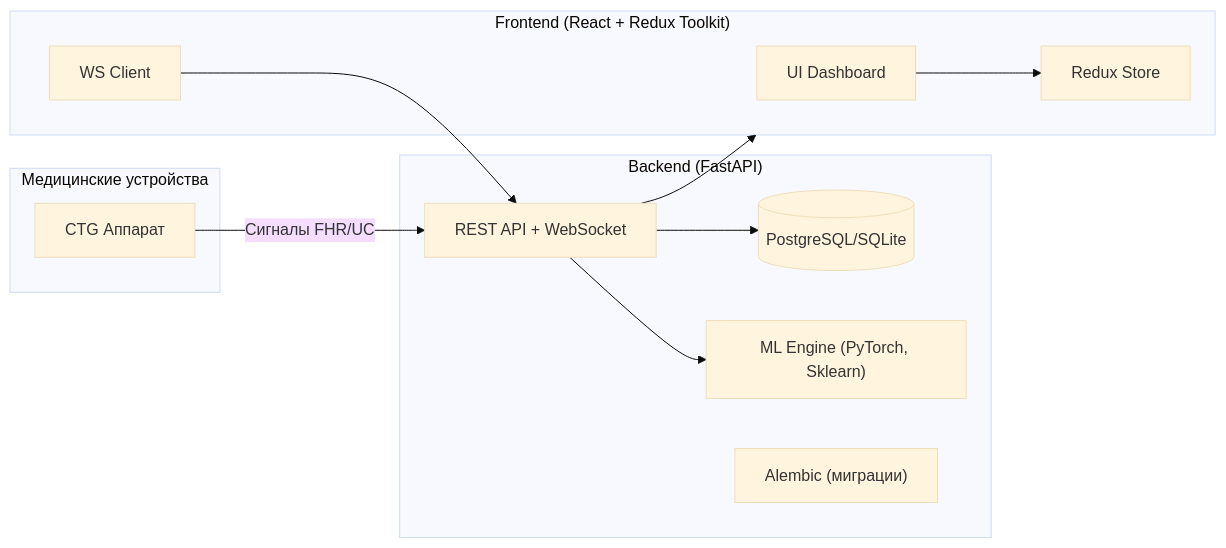
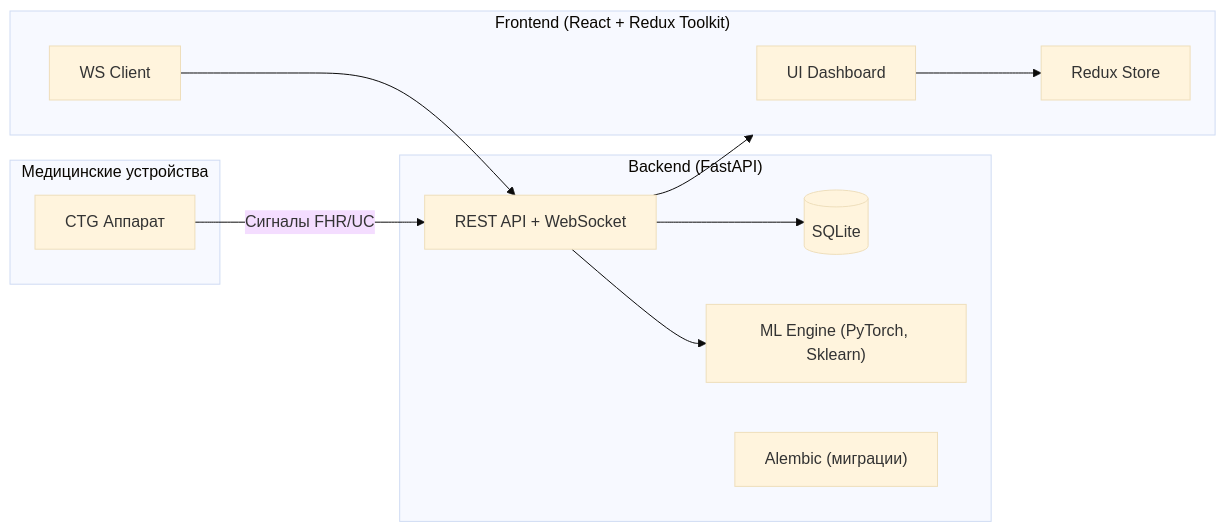
One commit to domster704/ldt2025-backend changed the diagram in README.md. Above: the diagram before and after it, drawn with Mermaid (base theme). The commit also changed 25 other files, not shown here.

````diff
--- a/README.md
+++ b/README.md
@@ -39,26 +39,26 @@
 ```mermaid
 flowchart LR
     subgraph Devices ["Медицинские устройства"]
         CTG["CTG Аппарат"]
     end
 
     subgraph Backend ["Backend (FastAPI)"]
         API["REST API + WebSocket"]
-        DB[("PostgreSQL/SQLite")]
+        DB[("SQLite")]
         ML["ML Engine (PyTorch, Sklearn)"]
         MIGR["Alembic (миграции)"]
     end
 
     subgraph Frontend ["Frontend (React + Redux Toolkit)"]
         UI["UI Dashboard"]
         WebsocketClient["WS Client"]
         State["Redux Store"]
     end
 
     CTG --> |Сигналы FHR/UC| API
     API -->  DB
     API -->  ML
     API -->  Frontend
     WebsocketClient -->  API
     UI -->  State
 ```
````
